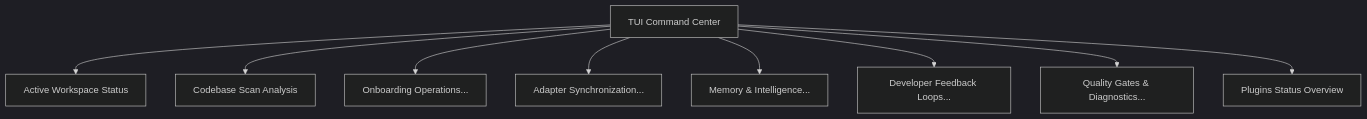
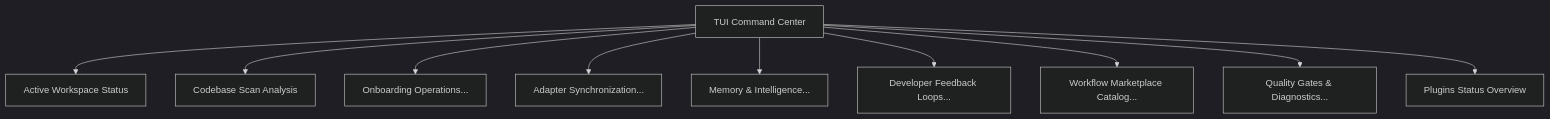
Before and after one commit to rizvee/multimodel-dev-os: the diagram in docs/dashboard.md, drawn with Mermaid (dark theme). The commit also changed other lines of this file and 40 other files, not shown here.

Commit message:
feat: add v2.9.0 workflow marketplace and plugin catalog

````diff
--- a/docs/dashboard.md
+++ b/docs/dashboard.md
@@ -31,12 +31,13 @@
 ```mermaid
 graph TD
     Dashboard[TUI Command Center]
     Dashboard --> Status[Active Workspace Status]
     Dashboard --> Scan[Codebase Scan Analysis]
     Dashboard --> Onboard[Onboarding Operations...]
     Dashboard --> Adapter[Adapter Synchronization...]
     Dashboard --> Memory[Memory & Intelligence...]
     Dashboard --> Feedback[Developer Feedback Loops...]
+    Dashboard --> Catalog[Workflow Marketplace Catalog...]
     Dashboard --> Quality[Quality Gates & Diagnostics...]
     Dashboard --> Plugins[Plugins Status Overview]
 ```
````
